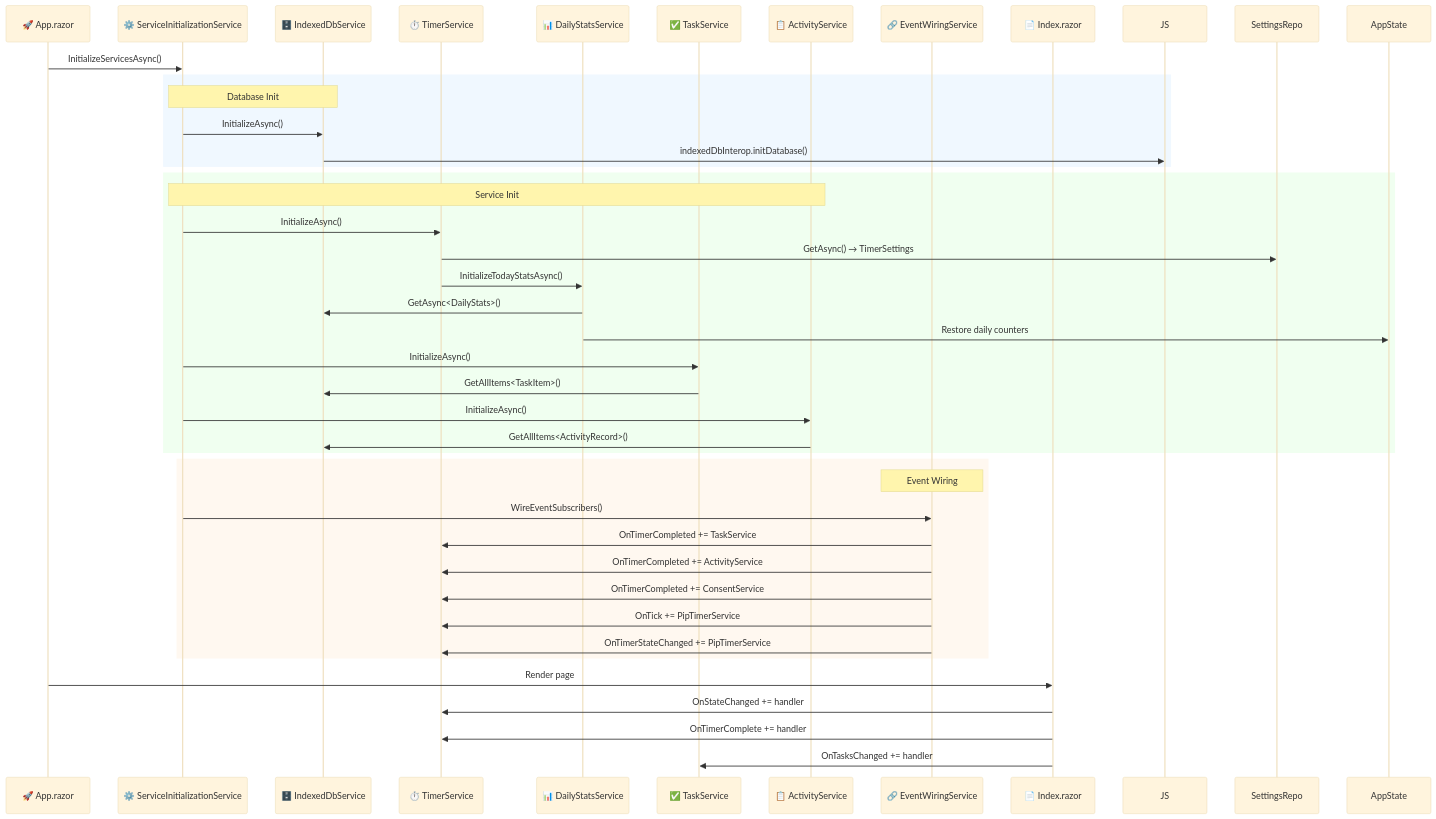
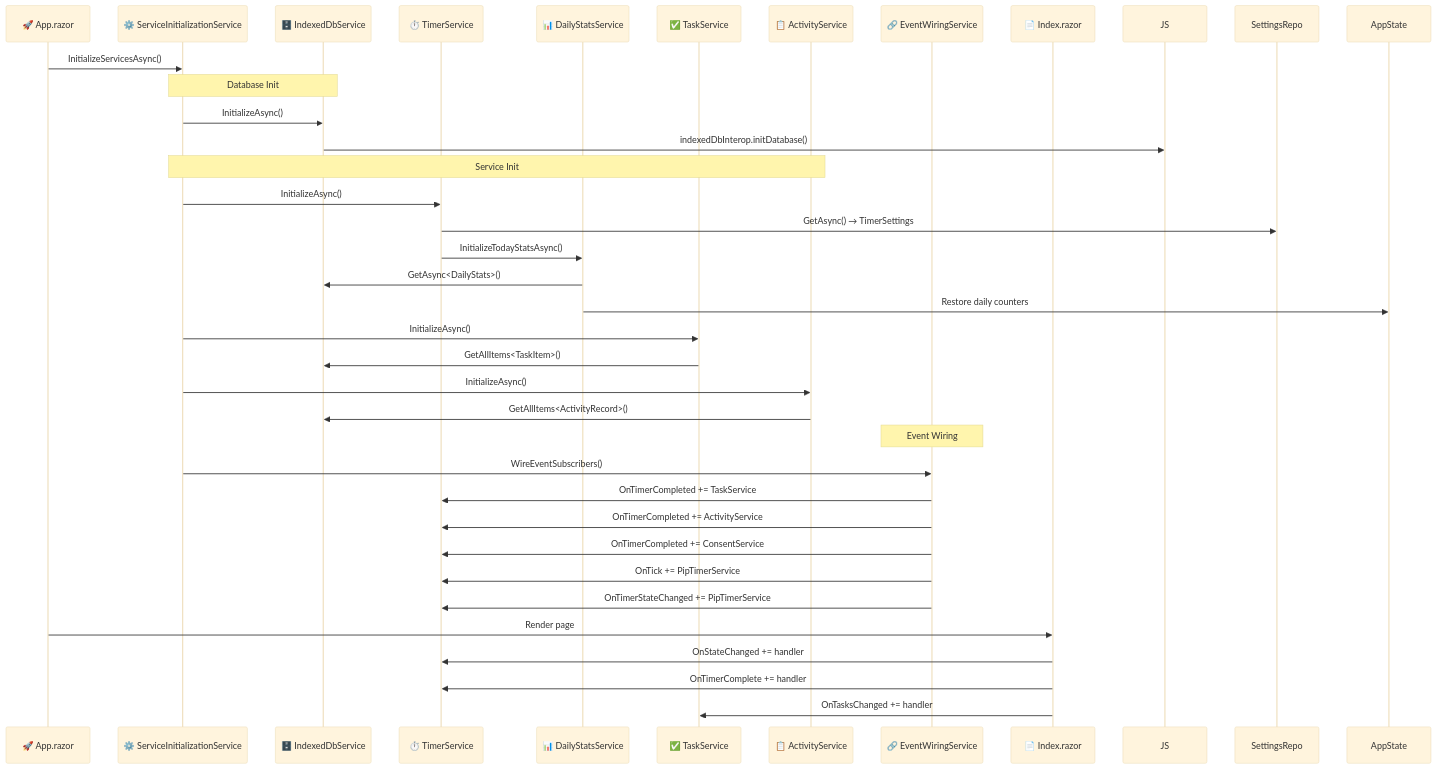
Before and after one commit to Nayeem170/Pomodoro: the sixth of 9 diagrams in CODEMAP.md, drawn with Mermaid (base theme). The commit also changed other lines of this file, not shown here.

Commit message:
docs: remove background colors from CODEMAP diagrams

````diff
--- a/CODEMAP.md
+++ b/CODEMAP.md
@@ -312,48 +298,42 @@
 ```mermaid
 sequenceDiagram
     participant App as 🚀 App.razor
     participant SIS as ⚙️ ServiceInitializationService
     participant IDB as 🗄️ IndexedDbService
     participant TS as ⏱️ TimerService
     participant DSS as 📊 DailyStatsService
     participant TaskSvc as ✅ TaskService
     participant ActSvc as 📋 ActivityService
     participant EWS as 🔗 EventWiringService
     participant I as 📄 Index.razor
 
     App->>SIS: InitializeServicesAsync()
 
-    rect rgb(240, 248, 255)
-        Note over SIS,IDB: Database Init
-        SIS->>IDB: InitializeAsync()
-        IDB->>JS: indexedDbInterop.initDatabase()
-    end
+    Note over SIS,IDB: Database Init
+    SIS->>IDB: InitializeAsync()
+    IDB->>JS: indexedDbInterop.initDatabase()
 
-    rect rgb(240, 255, 240)
-        Note over SIS,ActSvc: Service Init
-        SIS->>TS: InitializeAsync()
-        TS->>SettingsRepo: GetAsync() → TimerSettings
-        TS->>DSS: InitializeTodayStatsAsync()
-        DSS->>IDB: GetAsync<DailyStats>()
-        DSS->>AppState: Restore daily counters
-        SIS->>TaskSvc: InitializeAsync()
-        TaskSvc->>IDB: GetAllItems<TaskItem>()
-        SIS->>ActSvc: InitializeAsync()
-        ActSvc->>IDB: GetAllItems<ActivityRecord>()
-    end
+    Note over SIS,ActSvc: Service Init
+    SIS->>TS: InitializeAsync()
+    TS->>SettingsRepo: GetAsync() → TimerSettings
+    TS->>DSS: InitializeTodayStatsAsync()
+    DSS->>IDB: GetAsync<DailyStats>()
+    DSS->>AppState: Restore daily counters
+    SIS->>TaskSvc: InitializeAsync()
+    TaskSvc->>IDB: GetAllItems<TaskItem>()
+    SIS->>ActSvc: InitializeAsync()
+    ActSvc->>IDB: GetAllItems<ActivityRecord>()
 
-    rect rgb(255, 248, 240)
-        Note over EWS: Event Wiring
-        SIS->>EWS: WireEventSubscribers()
-        EWS->>TS: OnTimerCompleted += TaskService
-        EWS->>TS: OnTimerCompleted += ActivityService
-        EWS->>TS: OnTimerCompleted += ConsentService
-        EWS->>TS: OnTick += PipTimerService
-        EWS->>TS: OnTimerStateChanged += PipTimerService
-    end
+    Note over EWS: Event Wiring
+    SIS->>EWS: WireEventSubscribers()
+    EWS->>TS: OnTimerCompleted += TaskService
+    EWS->>TS: OnTimerCompleted += ActivityService
+    EWS->>TS: OnTimerCompleted += ConsentService
+    EWS->>TS: OnTick += PipTimerService
+    EWS->>TS: OnTimerStateChanged += PipTimerService
 
     App->>I: Render page
     I->>TS: OnStateChanged += handler
     I->>TS: OnTimerComplete += handler
     I->>TaskSvc: OnTasksChanged += handler
 ```
````
